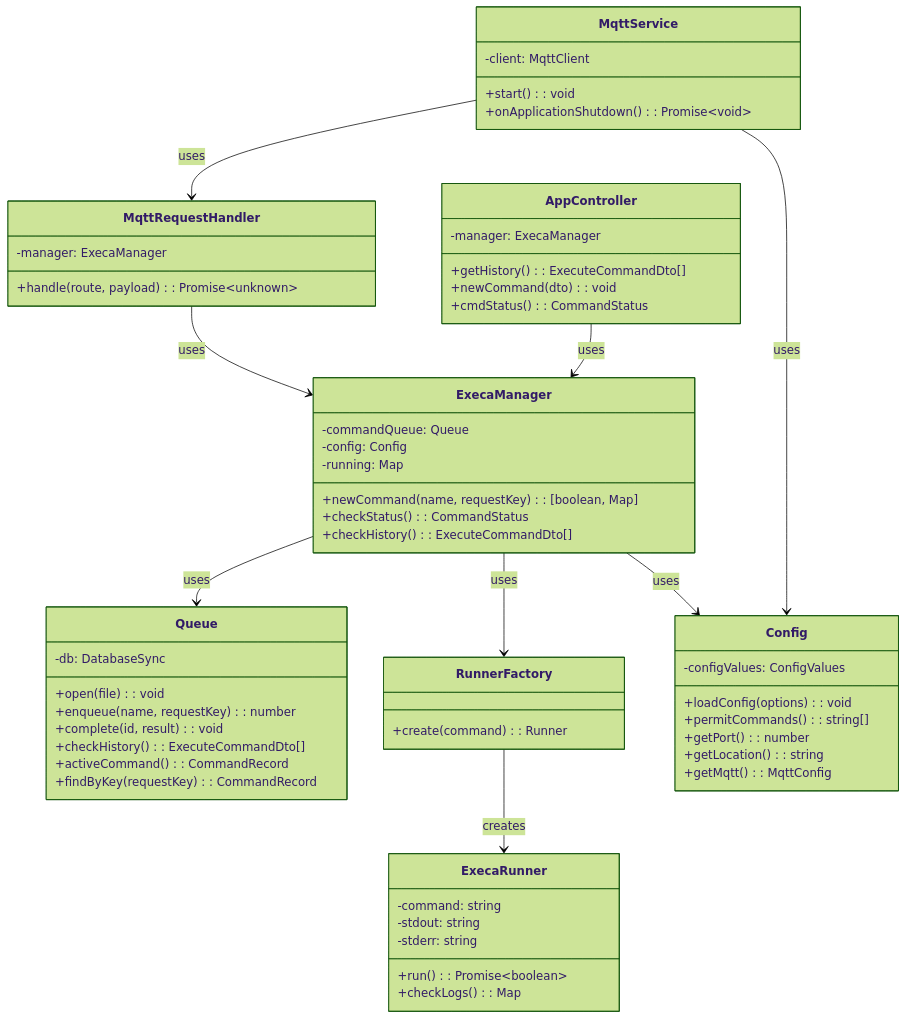
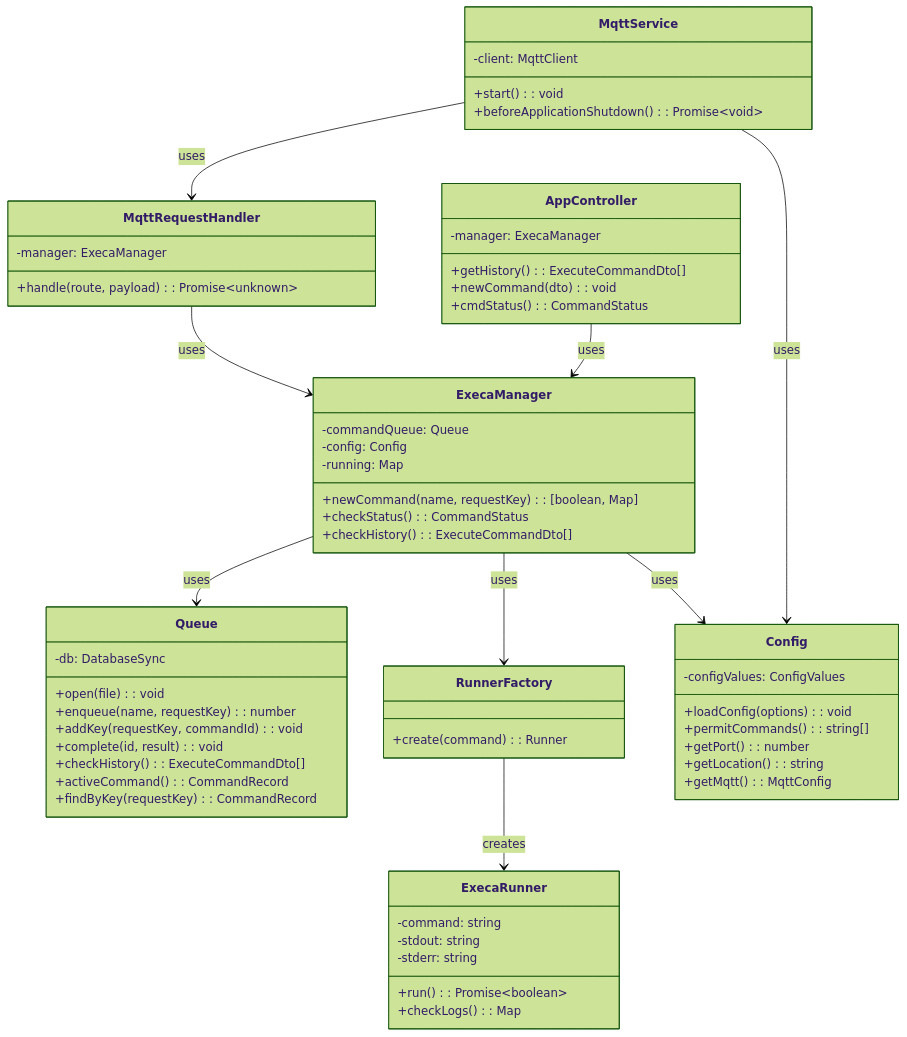
Before and after one commit to INTO-CPS-Association/DTaaS: the diagram in docs/developer/codebase/runner.md, drawn with Mermaid (forest theme). The commit also changed other lines of this file and 18 other files, not shown here.

````diff
--- a/docs/developer/codebase/runner.md
+++ b/docs/developer/codebase/runner.md
@@ -49,69 +49,70 @@
 ```mermaid
 classDiagram
     class AppController {
         -manager: ExecaManager
         +getHistory(): ExecuteCommandDto[]
         +newCommand(dto): void
         +cmdStatus(): CommandStatus
     }
 
     class ExecaManager {
         -commandQueue: Queue
         -config: Config
         -running: Map
         +newCommand(name, requestKey): [boolean, Map]
         +checkStatus(): CommandStatus
         +checkHistory(): ExecuteCommandDto[]
     }
 
     class Queue {
         -db: DatabaseSync
         +open(file): void
         +enqueue(name, requestKey): number
+        +addKey(requestKey, commandId): void
         +complete(id, result): void
         +checkHistory(): ExecuteCommandDto[]
         +activeCommand(): CommandRecord
         +findByKey(requestKey): CommandRecord
     }
 
     class RunnerFactory {
         +create(command): Runner
     }
 
     class ExecaRunner {
         -command: string
         -stdout: string
         -stderr: string
         +run(): Promise~boolean~
         +checkLogs(): Map
     }
 
     class Config {
         -configValues: ConfigValues
         +loadConfig(options): void
         +permitCommands(): string[]
         +getPort(): number
         +getLocation(): string
         +getMqtt(): MqttConfig
     }
 
     class MqttService {
         -client: MqttClient
         +start(): void
-        +onApplicationShutdown(): Promise~void~
+        +beforeApplicationShutdown(): Promise~void~
     }
 
     class MqttRequestHandler {
         -manager: ExecaManager
         +handle(route, payload): Promise~unknown~
     }
 
     AppController --> ExecaManager : uses
     MqttService --> MqttRequestHandler : uses
     MqttService --> Config : uses
     MqttRequestHandler --> ExecaManager : uses
     ExecaManager --> Queue : uses
     ExecaManager --> Config : uses
     ExecaManager --> RunnerFactory : uses
     RunnerFactory --> ExecaRunner : creates
 ```
````
